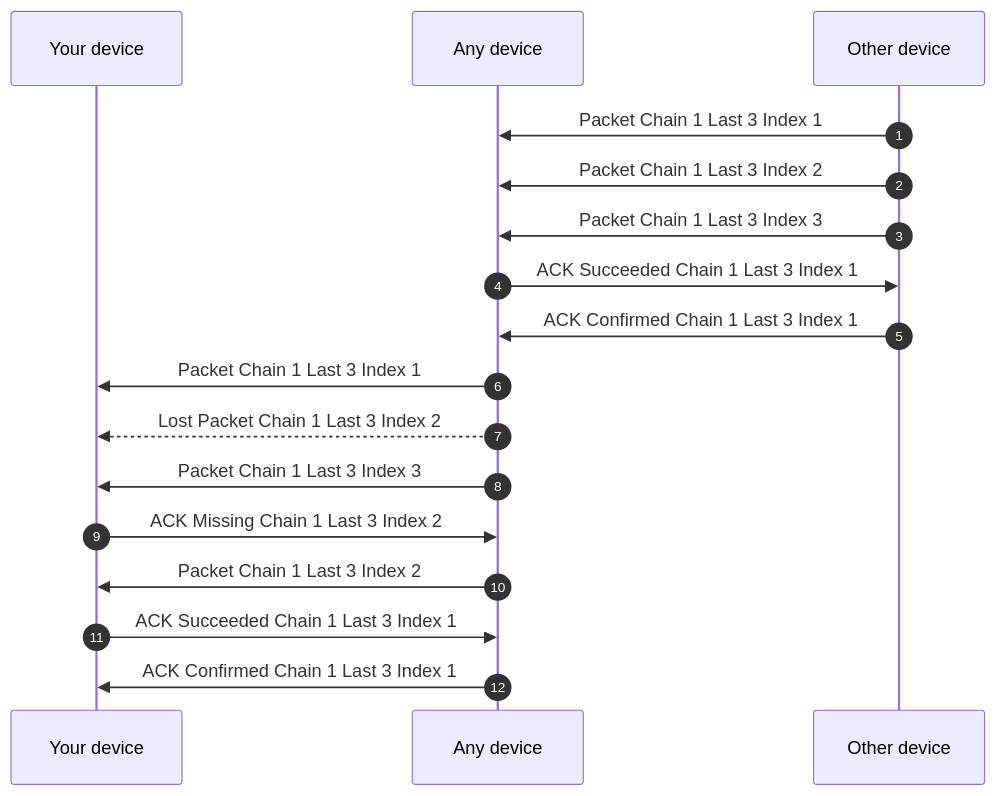
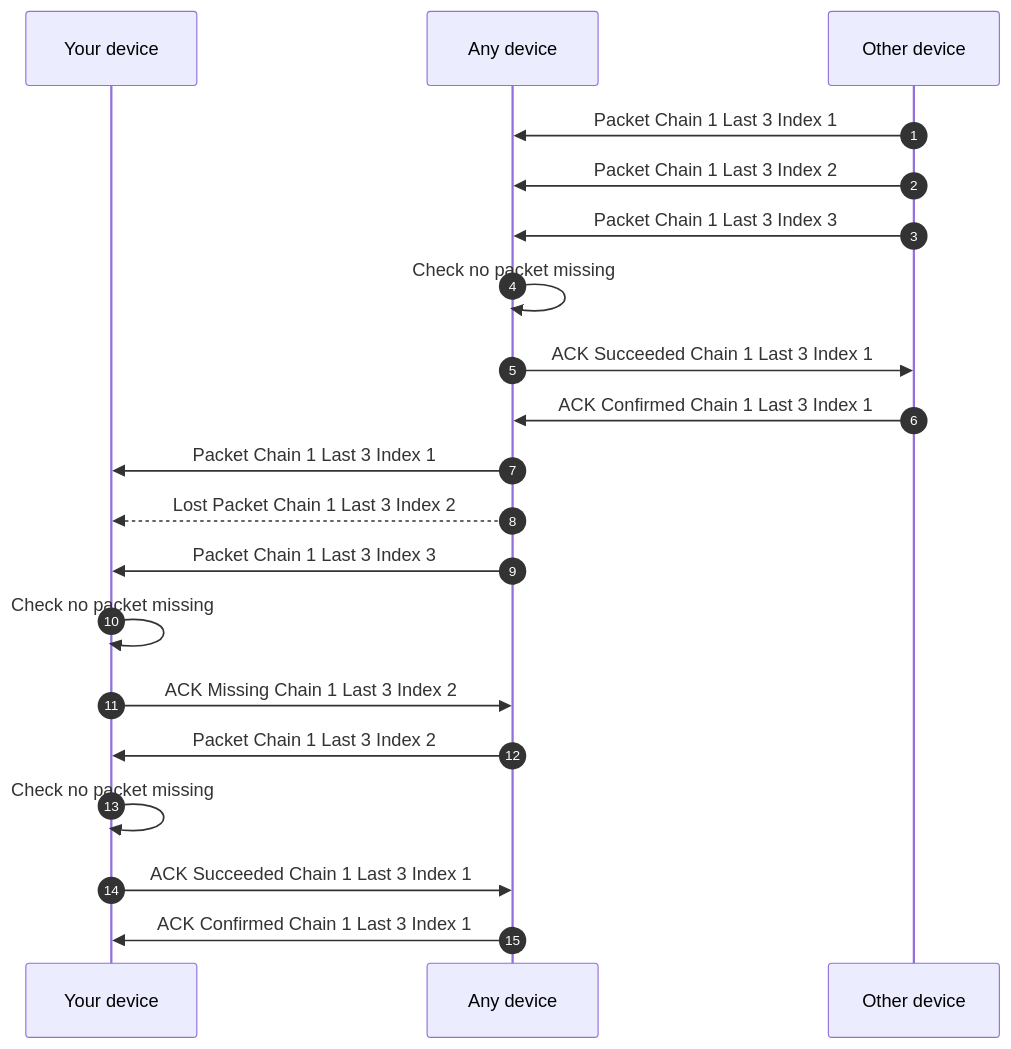
One commit to 4surix/honeybee changed the third of 3 diagrams in mechanisms/ACKNOWLEDGEMENT.md. Above: the diagram before and after it, drawn with Mermaid. The commit also changed other lines of this file and 3 other files, not shown here.

````diff
--- a/mechanisms/ACKNOWLEDGEMENT.md
+++ b/mechanisms/ACKNOWLEDGEMENT.md
@@ -104,24 +105,27 @@
 ```mermaid
 sequenceDiagram
     autonumber
     participant DeviceX as Your device
     participant DeviceN as Any device
     participant DeviceY as Other device
 
     DeviceY ->> DeviceN: Packet Chain 1 Last 3 Index 1
     DeviceY ->> DeviceN: Packet Chain 1 Last 3 Index 2
     DeviceY ->> DeviceN: Packet Chain 1 Last 3 Index 3
 
+    DeviceN ->> DeviceN: Check no packet missing
     DeviceN ->> DeviceY: ACK Succeeded Chain 1 Last 3 Index 1
     DeviceY ->> DeviceN: ACK Confirmed Chain 1 Last 3 Index 1
 
     DeviceN ->> DeviceX: Packet Chain 1 Last 3 Index 1
     DeviceN -->> DeviceX: Lost Packet Chain 1 Last 3 Index 2
     DeviceN ->> DeviceX: Packet Chain 1 Last 3 Index 3
 
+    DeviceX ->> DeviceX: Check no packet missing
     DeviceX ->> DeviceN: ACK Missing Chain 1 Last 3 Index 2
     DeviceN ->> DeviceX: Packet Chain 1 Last 3 Index 2
 
+    DeviceX ->> DeviceX: Check no packet missing
     DeviceX ->> DeviceN: ACK Succeeded Chain 1 Last 3 Index 1
     DeviceN ->> DeviceX: ACK Confirmed Chain 1 Last 3 Index 1
 ```
````
